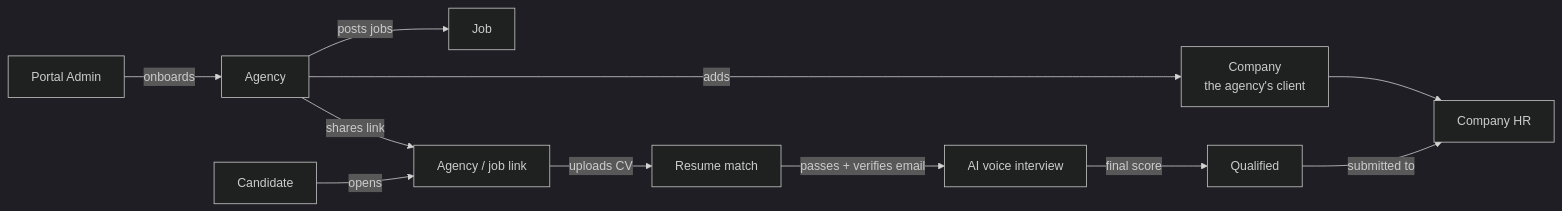
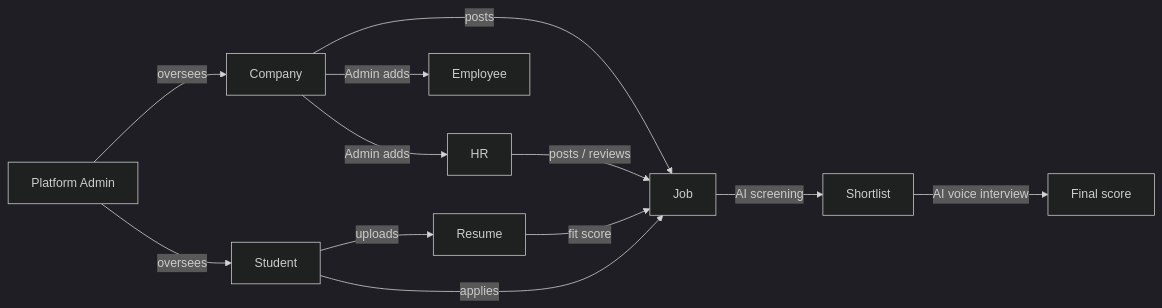
The first of 2 diagrams in FLOW.md (OrbitDevStudio-c/HireNova), drawn with Mermaid (dark theme) before and after one commit. The commit also changed other lines of this file and 10 other files, not shown here.

````diff
--- a/FLOW.md
+++ b/FLOW.md
@@ -12,13 +13,14 @@
 ```mermaid
 flowchart LR
-    PA[Portal Admin] -->|onboards| AG[Agency]
-    AG -->|adds| CO[Company<br/>the agency's client]
-    CO --> HR[Company HR]
-    AG -->|posts jobs| J[Job]
-    AG -->|shares link| L[Agency / job link]
-    C[Candidate] -->|opens| L
-    L -->|uploads CV| M[Resume match]
-    M -->|passes + verifies email| I[AI voice interview]
-    I -->|final score| Q[Qualified]
-    Q -->|submitted to| HR
+    PA[Platform Admin] -->|oversees| CO[Company]
+    PA -->|oversees| ST[Student]
+    CO -->|Admin adds| HR[HR]
+    CO -->|Admin adds| EM[Employee]
+    CO -->|posts| J[Job]
+    HR -->|posts / reviews| J
+    ST -->|uploads| R[Resume]
+    R -->|fit score| J
+    ST -->|applies| J
+    J -->|AI screening| S[Shortlist]
+    S -->|AI voice interview| F[Final score]
 ```
````
